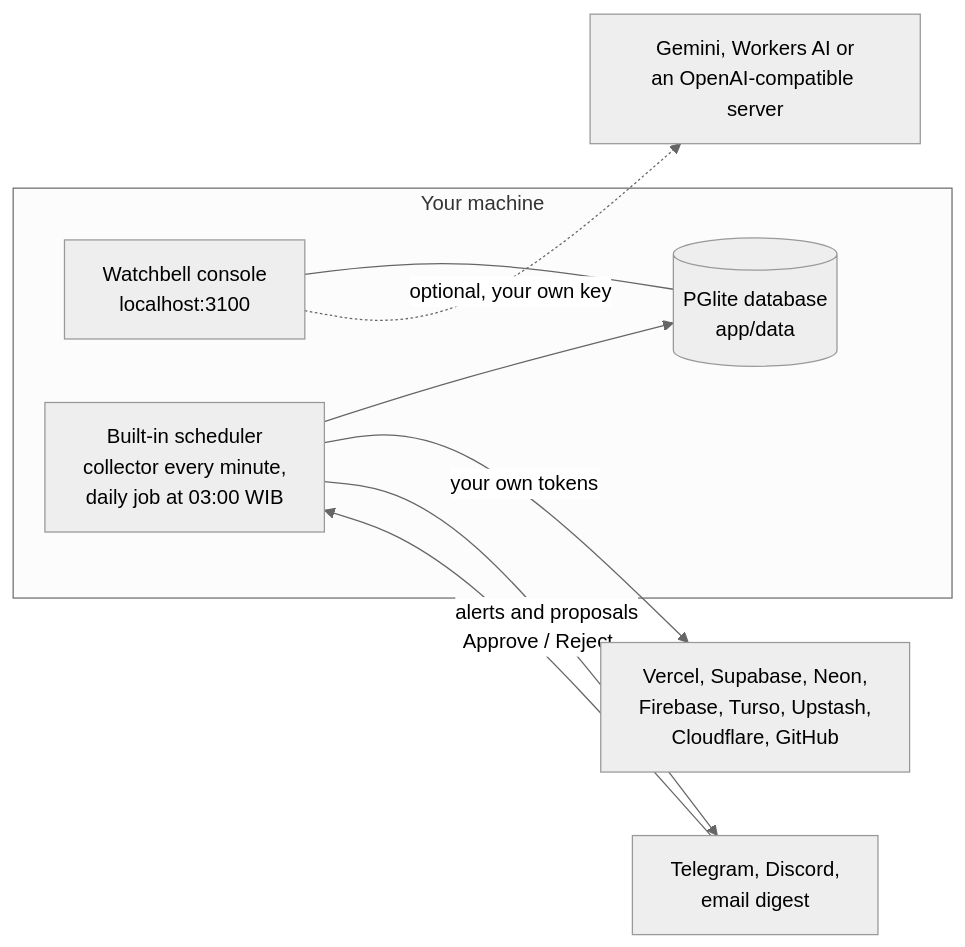
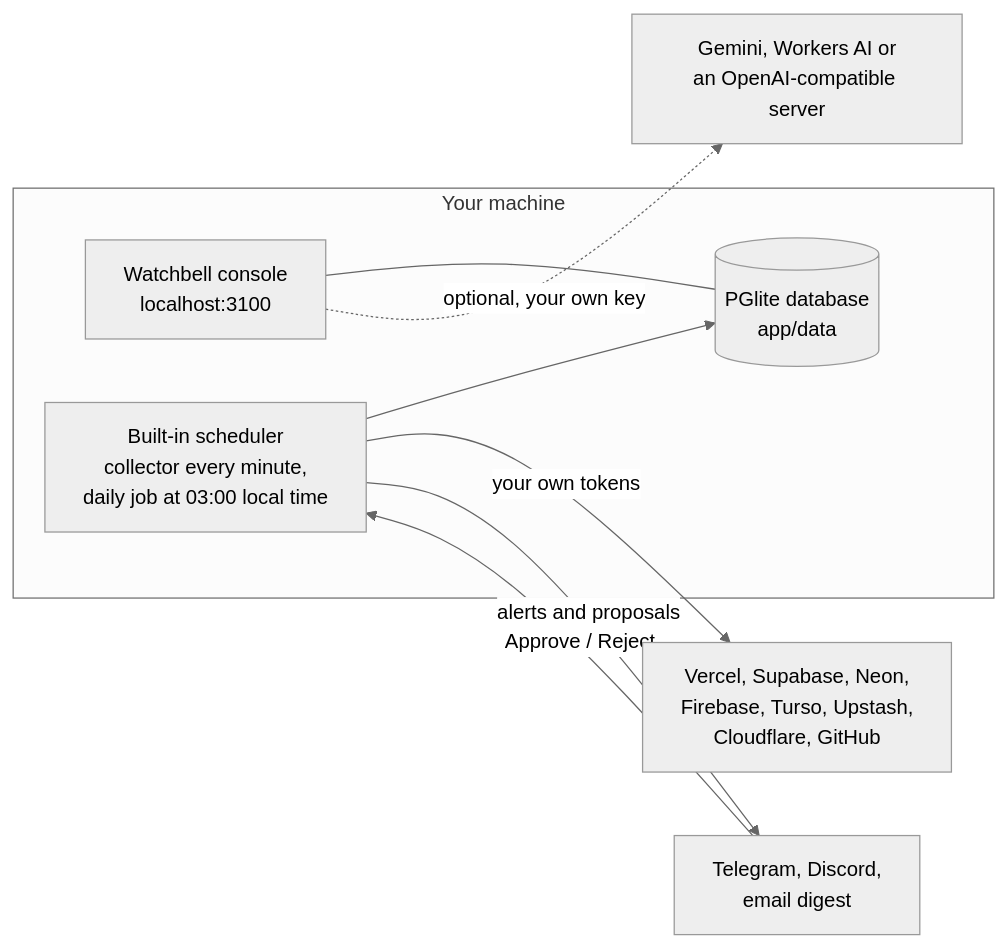
Before and after one commit to watchbell/watchbell: the diagram in README.md, drawn with Mermaid (neutral theme). The commit also changed other lines of this file and 80 other files, not shown here.

````diff
--- a/README.md
+++ b/README.md
@@ -216,14 +221,14 @@
 ```mermaid
 flowchart LR
   subgraph machine["Your machine"]
     console["Watchbell console<br/>localhost:3100"]
-    scheduler["Built-in scheduler<br/>collector every minute,<br/>daily job at 03:00 WIB"]
+    scheduler["Built-in scheduler<br/>collector every minute,<br/>daily job at 03:00 local time"]
     db[("PGlite database<br/>app/data")]
     console --- db
     scheduler --> db
   end
   scheduler -- "your own tokens" --> providers["Vercel, Supabase, Neon,<br/>Firebase, Turso, Upstash,<br/>Cloudflare, GitHub"]
   scheduler -- "alerts and proposals" --> notify["Telegram, Discord,<br/>email digest"]
   notify -- "Approve / Reject" --> scheduler
   console -. "optional, your own key" .-> ai["Gemini, Workers AI or<br/>an OpenAI-compatible server"]
 ```
````
